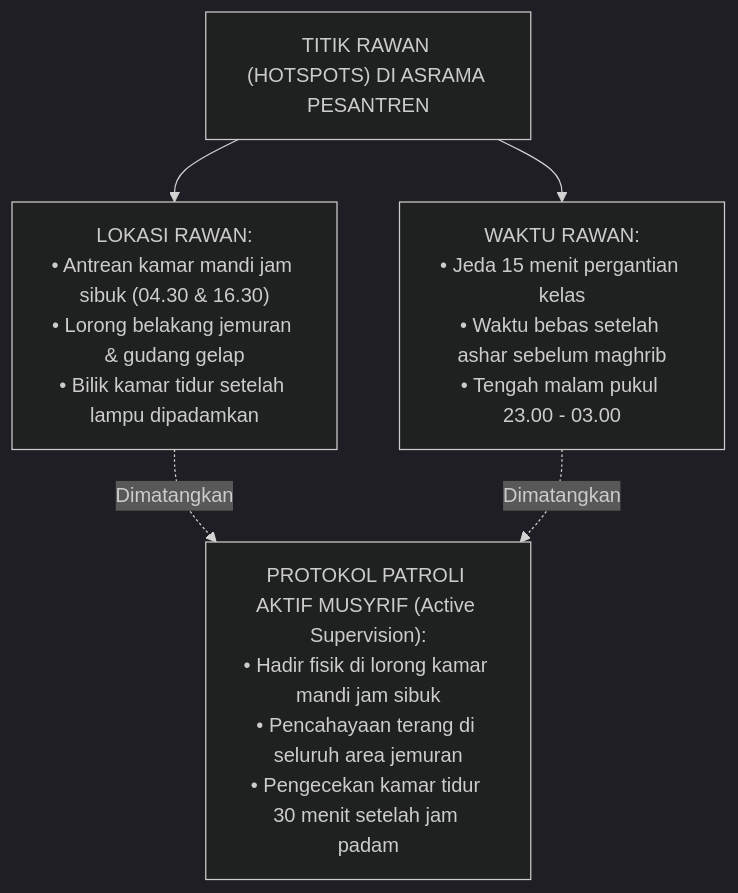
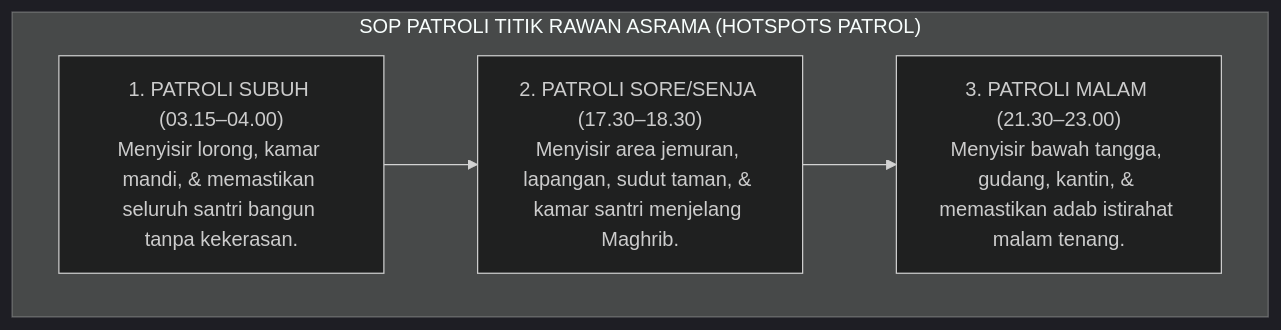
Before and after one commit to wandiapriliyandi/tumbuh: the sixth of 8 diagrams in 01 Philosophy/06 Change/P1-06-03-Ekosistem-Biah-Shalihah-dan-Desain-Lingkungan.md, drawn with Mermaid (dark theme). The commit also changed other lines of this file and 31 other files, not shown here.

````diff
--- a/01 Philosophy/06 Change/P1-06-03-Ekosistem-Biah-Shalihah-dan-Desain-Lingkungan.md
+++ b/01 Philosophy/06 Change/P1-06-03-Ekosistem-Biah-Shalihah-dan-Desain-Lingkungan.md
@@ -66,13 +189,12 @@
 ```mermaid
 graph TD
-    Hotspots["TITIK RAWAN (HOTSPOTS) DI ASRAMA PESANTREN"]
-    
-    Hotspots --> Lokasi["LOKASI RAWAN:<br/>• Antrean kamar mandi jam sibuk (04.30 & 16.30)<br/>• Lorong belakang jemuran & gudang gelap<br/>• Bilik kamar tidur setelah lampu dipadamkan"]
-    
-    Hotspots --> Waktu["WAKTU RAWAN:<br/>• Jeda 15 menit pergantian kelas<br/>• Waktu bebas setelah ashar sebelum maghrib<br/>• Tengah malam pukul 23.00 - 03.00"]
-    
-    Mitigasi["PROTOKOL PATROLI AKTIF MUSYRIF (Active Supervision):<br/>• Hadir fisik di lorong kamar mandi jam sibuk<br/>• Pencahayaan terang di seluruh area jemuran<br/>• Pengecekan kamar tidur 30 menit setelah jam padam"]
-    
-    Lokasi -. Dimatangkan .-> Mitigasi
-    Waktu -. Dimatangkan .-> Mitigasi
+    subgraph SiklusPatroliHotspots["SOP PATROLI TITIK RAWAN ASRAMA (HOTSPOTS PATROL)"]
+        P1["1. PATROLI SUBUH (03.15–04.00)<br/>Menyisir lorong, kamar mandi, & memastikan seluruh santri bangun tanpa kekerasan."]
+        
+        P2["2. PATROLI SORE/SENJA (17.30–18.30)<br/>Menyisir area jemuran, lapangan, sudut taman, & kamar santri menjelang Maghrib."]
+        
+        P3["3. PATROLI MALAM (21.30–23.00)<br/>Menyisir bawah tangga, gudang, kantin, & memastikan adab istirahat malam tenang."]
+        
+        P1 --> P2 --> P3
+    end
 ```
````
